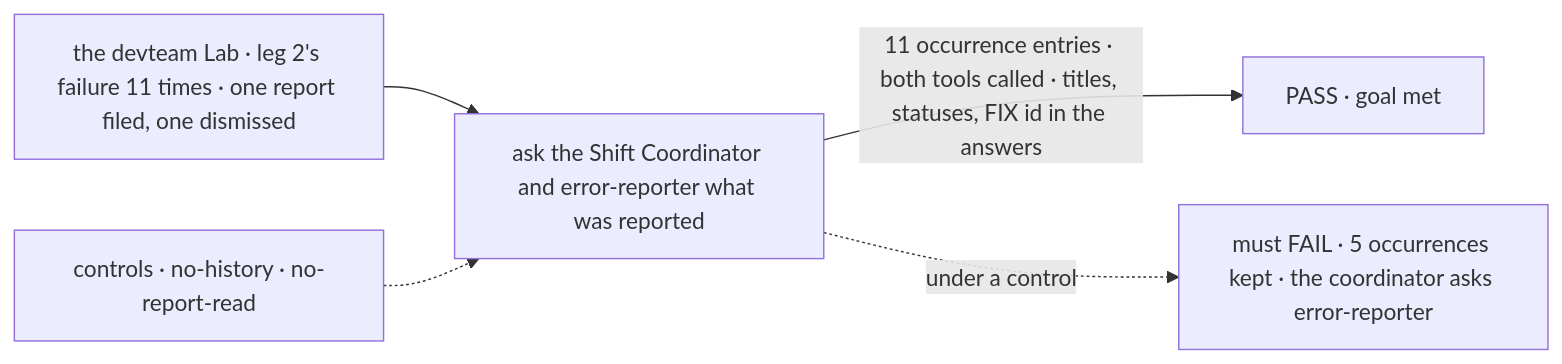
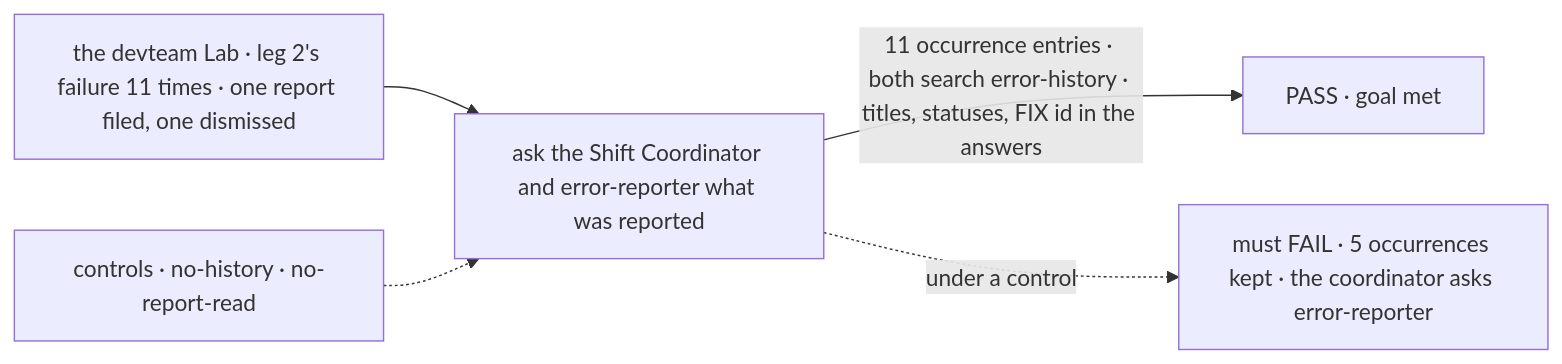
One commit to fixpoint-labs/flow-state-dev changed the first of 3 diagrams in specs/issues/FIX-2793/SPEC.md. Above: the diagram before and after it, drawn with Mermaid. The commit also changed other lines of this file and 3 other files, not shown here.

First line of the commit message:
spec(FIX-2793): read the history with general resource tools over a projected view

````diff
--- a/specs/issues/FIX-2793/SPEC.md
+++ b/specs/issues/FIX-2793/SPEC.md
@@ -32,7 +33,7 @@
 ```mermaid
 flowchart LR
   I["the devteam Lab · leg 2's failure 11 times · one report filed, one dismissed"] --> T["ask the Shift Coordinator and error-reporter what was reported"]
-  T -->|"11 occurrence entries · both tools called · titles, statuses, FIX id in the answers"| P["PASS · goal met"]
+  T -->|"11 occurrence entries · both search error-history · titles, statuses, FIX id in the answers"| P["PASS · goal met"]
   C["controls · no-history · no-report-read"] -.-> T
   T -.->|"under a control"| F["must FAIL · 5 occurrences kept · the coordinator asks error-reporter"]
 ```
````
